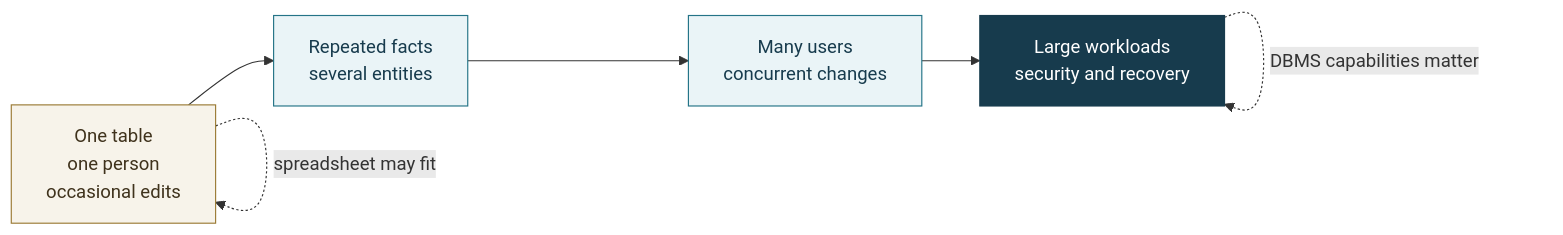
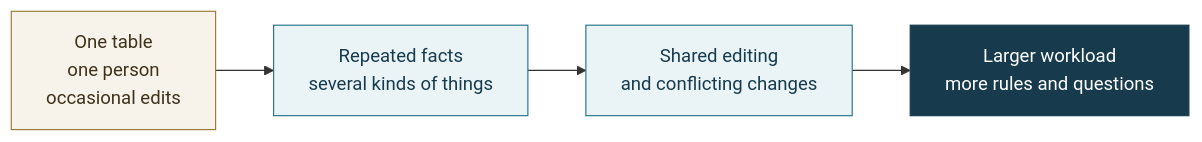
The fourth of 5 diagrams in lectures/week-01-database-or-spreadsheet.qmd (JacobDowns/CSCI340), drawn with Mermaid before and after one commit. The commit also changed other lines of this file and 11 other files, not shown here.

````diff
--- a/lectures/week-01-database-or-spreadsheet.qmd
+++ b/lectures/week-01-database-or-spreadsheet.qmd
@@ -401,16 +461,13 @@
 ```{mermaid}
 flowchart LR
-    A["One table<br/>one person<br/>occasional edits"] --> B["Repeated facts<br/>several entities"]
-    B --> C["Many users<br/>concurrent changes"]
-    C --> D["Large workloads<br/>security and recovery"]
-
-    A -. "spreadsheet may fit" .-> A
-    D -. "DBMS capabilities matter" .-> D
+    A["One table<br/>one person<br/>occasional edits"] --> B["Repeated facts<br/>several kinds of things"]
+    B --> C["Shared editing<br/>and conflicting changes"]
+    C --> D["Larger workload<br/>more rules and questions"]
 
     classDef early fill:#f7f3ea,stroke:#9b7b36,color:#3f321c;
     classDef middle fill:#eaf4f7,stroke:#247487,color:#173b4d;
     classDef late fill:#173b4d,stroke:#173b4d,color:#ffffff;
     class A early;
     class B,C middle;
     class D late;
 ```
````
